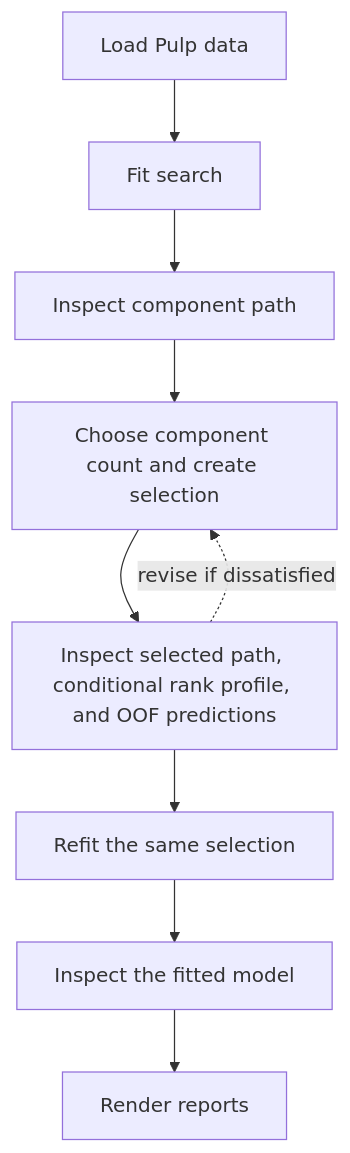
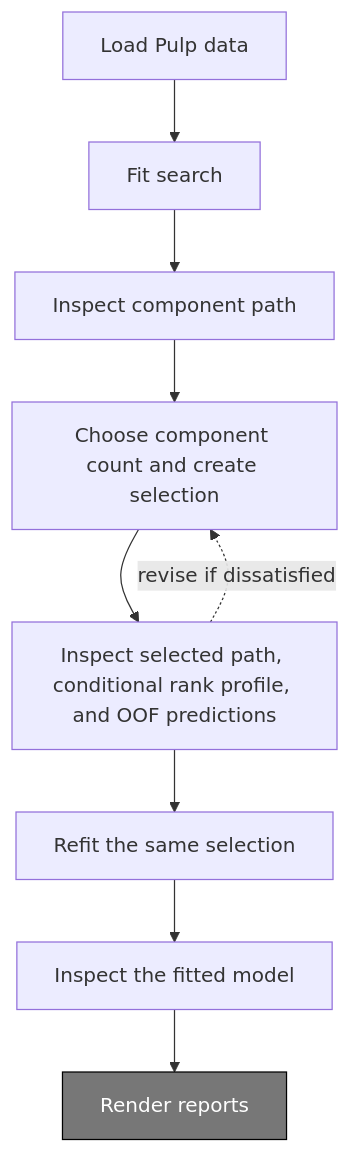
One commit to stefanlindstroem/pipls_private changed the diagram in docs/tutorials/pulp.md. Above: the diagram before and after it, drawn with Mermaid. The commit also changed other lines of this file and 13 other files, not shown here.

````diff
--- a/docs/tutorials/pulp.md
+++ b/docs/tutorials/pulp.md
@@ -14,14 +14,15 @@
 ```mermaid
 flowchart TD
     load["Load Pulp data"]
     search["Fit search"]
     path["Inspect component path"]
     select["Choose component count and create selection"]
     review["Inspect selected path, conditional rank profile, and OOF predictions"]
     refit["Refit the same selection"]
     analyze["Inspect the fitted model"]
     render["Render reports"]
 
     load --> search --> path --> select --> review --> refit --> analyze --> render
     review -. revise if dissatisfied .-> select
+    style render fill:#777,stroke:#000,color:#fff
 ```
````
